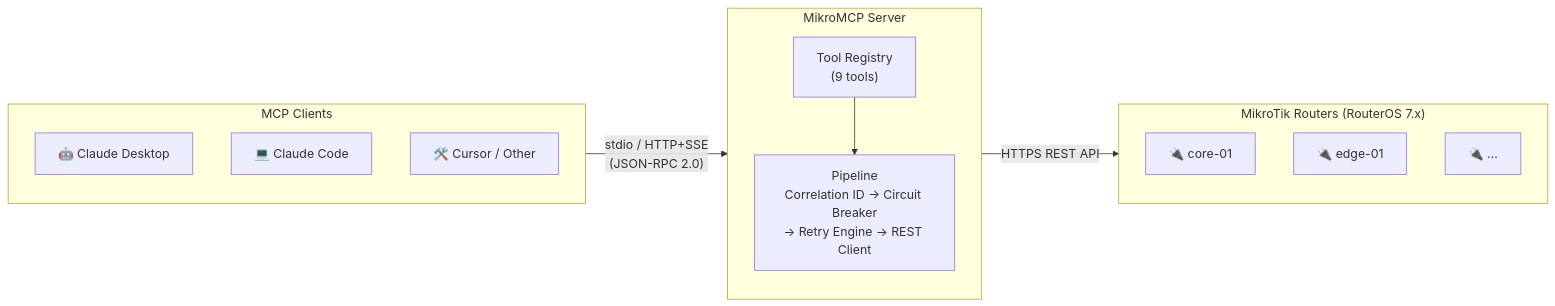
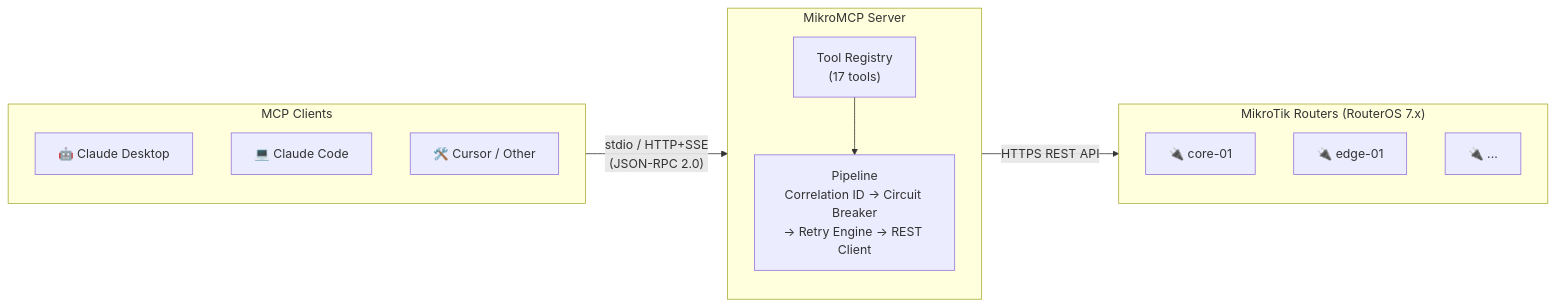
The diagram in README.md (AliKarami/MikroMCP), drawn with Mermaid before and after one commit. The commit also changed other lines of this file and 4 other files, not shown here.

````diff
--- a/README.md
+++ b/README.md
@@ -25,24 +25,24 @@
 ```mermaid
 flowchart LR
     subgraph Clients["MCP Clients"]
         A["🤖 Claude Desktop"]
         B["💻 Claude Code"]
         C["🛠️ Cursor / Other"]
     end
 
     subgraph MikroMCP["MikroMCP Server"]
         direction TB
-        TR["Tool Registry\n(9 tools)"]
+        TR["Tool Registry\n(17 tools)"]
         PL["Pipeline\nCorrelation ID → Circuit Breaker\n→ Retry Engine → REST Client"]
         TR --> PL
     end
 
     subgraph Routers["MikroTik Routers (RouterOS 7.x)"]
         R1["🔌 core-01"]
         R2["🔌 edge-01"]
         R3["🔌 ..."]
     end
 
     Clients -- "stdio / HTTP+SSE\n(JSON-RPC 2.0)" --> MikroMCP
     MikroMCP -- "HTTPS REST API" --> Routers
 ```
````
